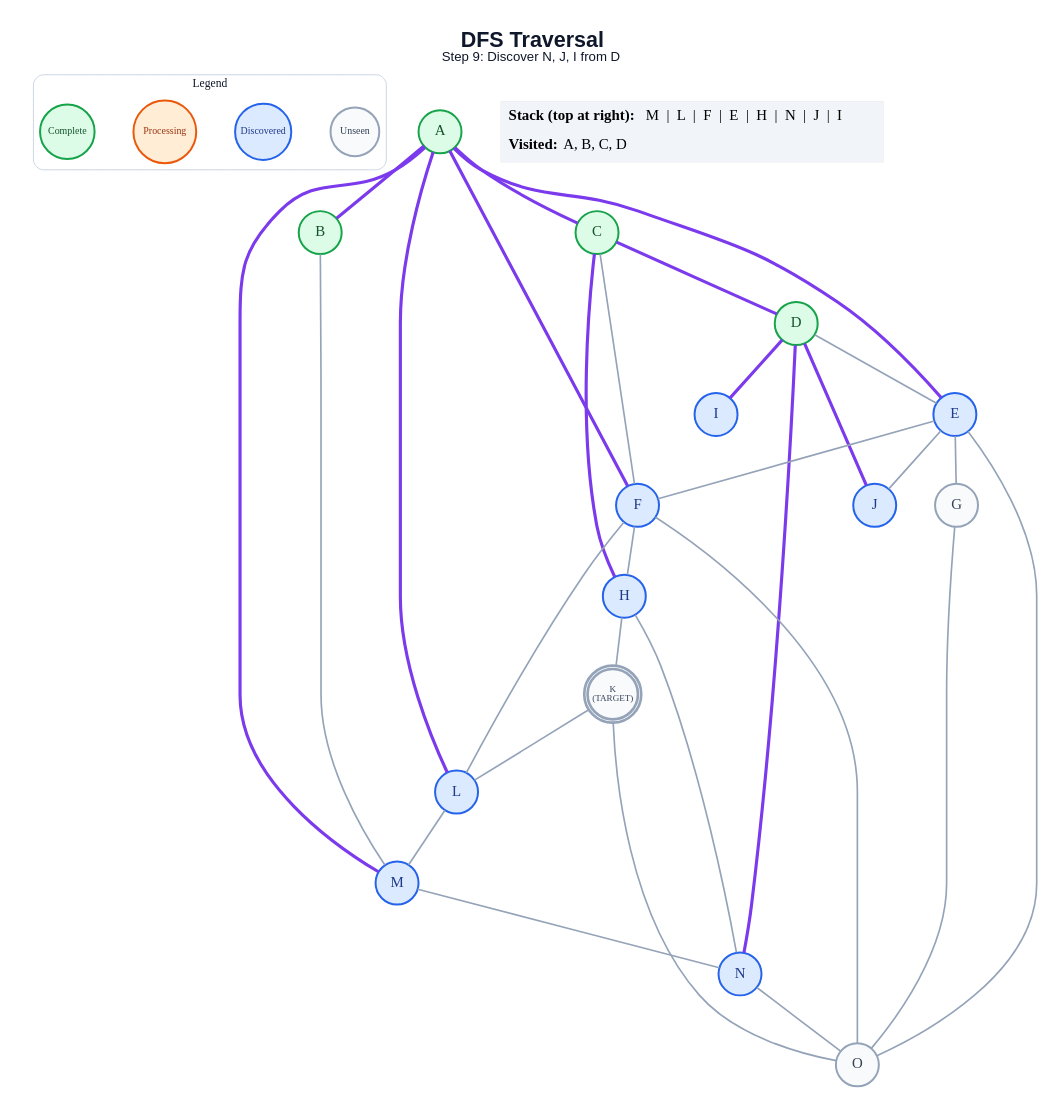
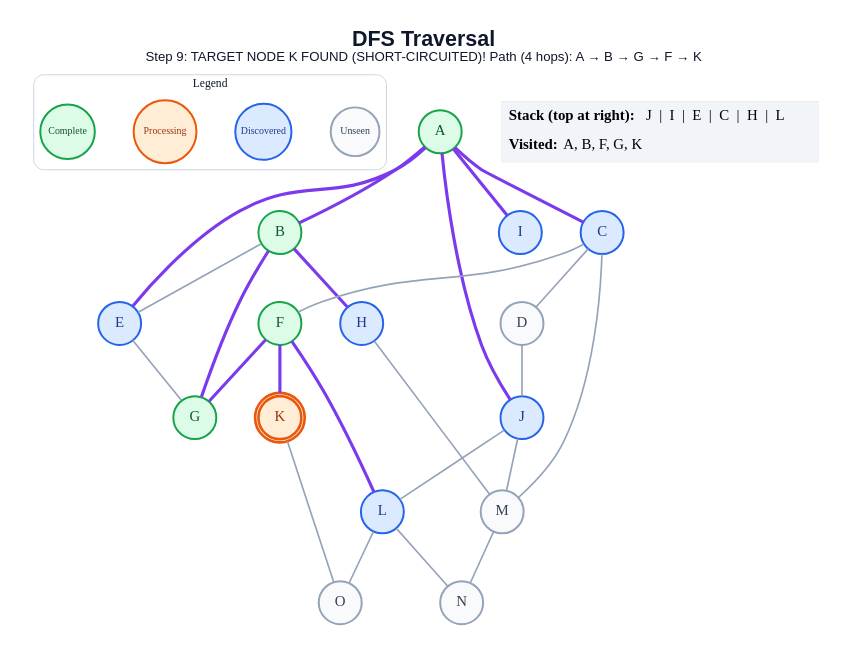
The diagram in generated/short-circuit/dfs/step_09.dot (anon7238593-create/ai-slop), drawn with Graphviz before and after one commit. The commit also changed 289 other files, not shown here.

```diff
--- a/generated/short-circuit/dfs/step_09.dot
+++ b/generated/short-circuit/dfs/step_09.dot
@@ -1,63 +1,57 @@
 graph traversal {
   graph [layout=dot, rankdir=TB, bgcolor="#FFFFFF", pad="0.35", nodesep="0.65", ranksep="0.8", fontname="Arial"];
   node [shape=circle, style="filled", fontname="Arial Bold", fontsize=18, width=0.72, fixedsize=true, penwidth=2.4];
   edge [color="#94A3B8", penwidth=2.0];
-  label=<<B>DFS Traversal</B><BR/><FONT POINT-SIZE="16">Step 9: Discover N, J, I from D</FONT>>; labelloc="t"; fontsize=26; fontname="Arial"; fontcolor="#0F172A";
+  label=<<B>DFS Traversal</B><BR/><FONT POINT-SIZE="16">Step 9: TARGET NODE K FOUND (SHORT-CIRCUITED)! Path (4 hops): A → B → G → F → K</FONT>>; labelloc="t"; fontsize=26; fontname="Arial"; fontcolor="#0F172A";
   subgraph cluster_legend { label="Legend"; color="#CBD5E1"; penwidth=1.2; style="rounded"; fontsize=14; fontname="Arial Bold";
     key_unseen [label="Unseen", fillcolor="#F8FAFC", color="#94A3B8", fontcolor="#334155", fontsize=12, width=0.82];
     key_frontier [label="Discovered", fillcolor="#DBEAFE", color="#2563EB", fontcolor="#1E3A8A", fontsize=12, width=0.95];
     key_current [label="Processing", fillcolor="#FFEDD5", color="#EA580C", fontcolor="#9A3412", fontsize=12, width=1.05];
     key_done [label="Complete", fillcolor="#DCFCE7", color="#16A34A", fontcolor="#14532D", fontsize=12, width=0.92];
     { rank=same; key_unseen; key_frontier; key_current; key_done; }
   }
   A [label="A", fillcolor="#DCFCE7", color="#16A34A", fontcolor="#14532D", peripheries=1, penwidth=2.4];
   B [label="B", fillcolor="#DCFCE7", color="#16A34A", fontcolor="#14532D", peripheries=1, penwidth=2.4];
-  C [label="C", fillcolor="#DCFCE7", color="#16A34A", fontcolor="#14532D", peripheries=1, penwidth=2.4];
-  D [label="D", fillcolor="#DCFCE7", color="#16A34A", fontcolor="#14532D", peripheries=1, penwidth=2.4];
+  C [label="C", fillcolor="#DBEAFE", color="#2563EB", fontcolor="#1E3A8A", peripheries=1, penwidth=2.4];
+  D [label="D", fillcolor="#F8FAFC", color="#94A3B8", fontcolor="#334155", peripheries=1, penwidth=2.4];
   E [label="E", fillcolor="#DBEAFE", color="#2563EB", fontcolor="#1E3A8A", peripheries=1, penwidth=2.4];
-  F [label="F", fillcolor="#DBEAFE", color="#2563EB", fontcolor="#1E3A8A", peripheries=1, penwidth=2.4];
-  G [label="G", fillcolor="#F8FAFC", color="#94A3B8", fontcolor="#334155", peripheries=1, penwidth=2.4];
+  F [label="F", fillcolor="#DCFCE7", color="#16A34A", fontcolor="#14532D", peripheries=1, penwidth=2.4];
+  G [label="G", fillcolor="#DCFCE7", color="#16A34A", fontcolor="#14532D", peripheries=1, penwidth=2.4];
   H [label="H", fillcolor="#DBEAFE", color="#2563EB", fontcolor="#1E3A8A", peripheries=1, penwidth=2.4];
   I [label="I", fillcolor="#DBEAFE", color="#2563EB", fontcolor="#1E3A8A", peripheries=1, penwidth=2.4];
   J [label="J", fillcolor="#DBEAFE", color="#2563EB", fontcolor="#1E3A8A", peripheries=1, penwidth=2.4];
-  K [label="K\n(TARGET)", fillcolor="#F8FAFC", color="#94A3B8", fontcolor="#334155", peripheries=2, penwidth=3.2, fontsize=11, width=0.85, height=0.85];
+  K [label="K", fillcolor="#FFEDD5", color="#EA580C", fontcolor="#9A3412", peripheries=2, penwidth=3.2];
   L [label="L", fillcolor="#DBEAFE", color="#2563EB", fontcolor="#1E3A8A", peripheries=1, penwidth=2.4];
-  M [label="M", fillcolor="#DBEAFE", color="#2563EB", fontcolor="#1E3A8A", peripheries=1, penwidth=2.4];
-  N [label="N", fillcolor="#DBEAFE", color="#2563EB", fontcolor="#1E3A8A", peripheries=1, penwidth=2.4];
+  M [label="M", fillcolor="#F8FAFC", color="#94A3B8", fontcolor="#334155", peripheries=1, penwidth=2.4];
+  N [label="N", fillcolor="#F8FAFC", color="#94A3B8", fontcolor="#334155", peripheries=1, penwidth=2.4];
   O [label="O", fillcolor="#F8FAFC", color="#94A3B8", fontcolor="#334155", peripheries=1, penwidth=2.4];
   A -- B [color="#7C3AED", penwidth=3.8];
   A -- C [color="#7C3AED", penwidth=3.8];
   A -- E [color="#7C3AED", penwidth=3.8];
-  A -- F [color="#7C3AED", penwidth=3.8];
-  A -- L [color="#7C3AED", penwidth=3.8];
-  A -- M [color="#7C3AED", penwidth=3.8];
-  B -- M;
-  C -- D [color="#7C3AED", penwidth=3.8];
+  A -- I [color="#7C3AED", penwidth=3.8];
+  A -- J [color="#7C3AED", penwidth=3.8];
+  B -- E;
+  B -- G [color="#7C3AED", penwidth=3.8];
+  B -- H [color="#7C3AED", penwidth=3.8];
+  C -- D;
   C -- F;
-  C -- H [color="#7C3AED", penwidth=3.8];
-  D -- E;
-  D -- I [color="#7C3AED", penwidth=3.8];
-  D -- J [color="#7C3AED", penwidth=3.8];
-  D -- N [color="#7C3AED", penwidth=3.8];
-  E -- F;
+  C -- M;
+  D -- J;
   E -- G;
-  E -- J;
-  E -- O;
-  F -- H;
-  F -- L;
-  F -- O;
-  G -- O;
-  H -- K;
-  H -- N;
-  K -- L;
+  F -- G [color="#7C3AED", penwidth=3.8];
+  F -- K [color="#7C3AED", penwidth=3.8];
+  F -- L [color="#7C3AED", penwidth=3.8];
+  H -- M;
+  J -- L;
+  J -- M;
   K -- O;
-  L -- M;
+  L -- N;
+  L -- O;
   M -- N;
-  N -- O;
   status [shape=plain, fixedsize=false, width=0, height=0, margin=0, label=<
     <TABLE BORDER="0" CELLBORDER="0" CELLPADDING="7" BGCOLOR="#F1F5F9">
-      <TR><TD ALIGN="LEFT"><B>Stack (top at right):</B> M  |  L  |  F  |  E  |  H  |  N  |  J  |  I</TD></TR>
-      <TR><TD ALIGN="LEFT"><B>Visited:</B> A, B, C, D</TD></TR>
+      <TR><TD ALIGN="LEFT"><B>Stack (top at right):</B> J  |  I  |  E  |  C  |  H  |  L</TD></TR>
+      <TR><TD ALIGN="LEFT"><B>Visited:</B> A, B, F, G, K</TD></TR>
     </TABLE>
   >];
 }
```
